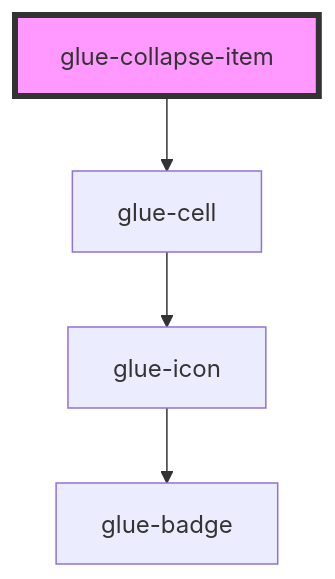
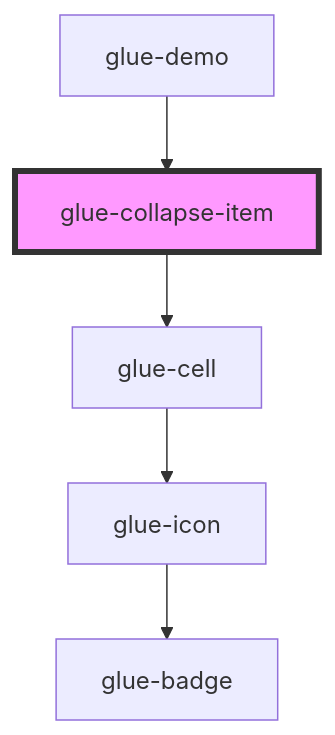
Before and after one commit to grasilife/glue: the diagram in packages/glue-components/src/components/glue-collapse-item/readme.md, drawn with Mermaid. The commit also changed other lines of this file and 10 other files, not shown here.

````diff
--- a/packages/glue-components/src/components/glue-collapse-item/readme.md
+++ b/packages/glue-components/src/components/glue-collapse-item/readme.md
@@ -46,7 +50,8 @@
 ```mermaid
 graph TD;
   glue-collapse-item --> glue-cell
   glue-cell --> glue-icon
   glue-icon --> glue-badge
+  glue-demo --> glue-collapse-item
   style glue-collapse-item fill:#f9f,stroke:#333,stroke-width:4px
 ```
````
